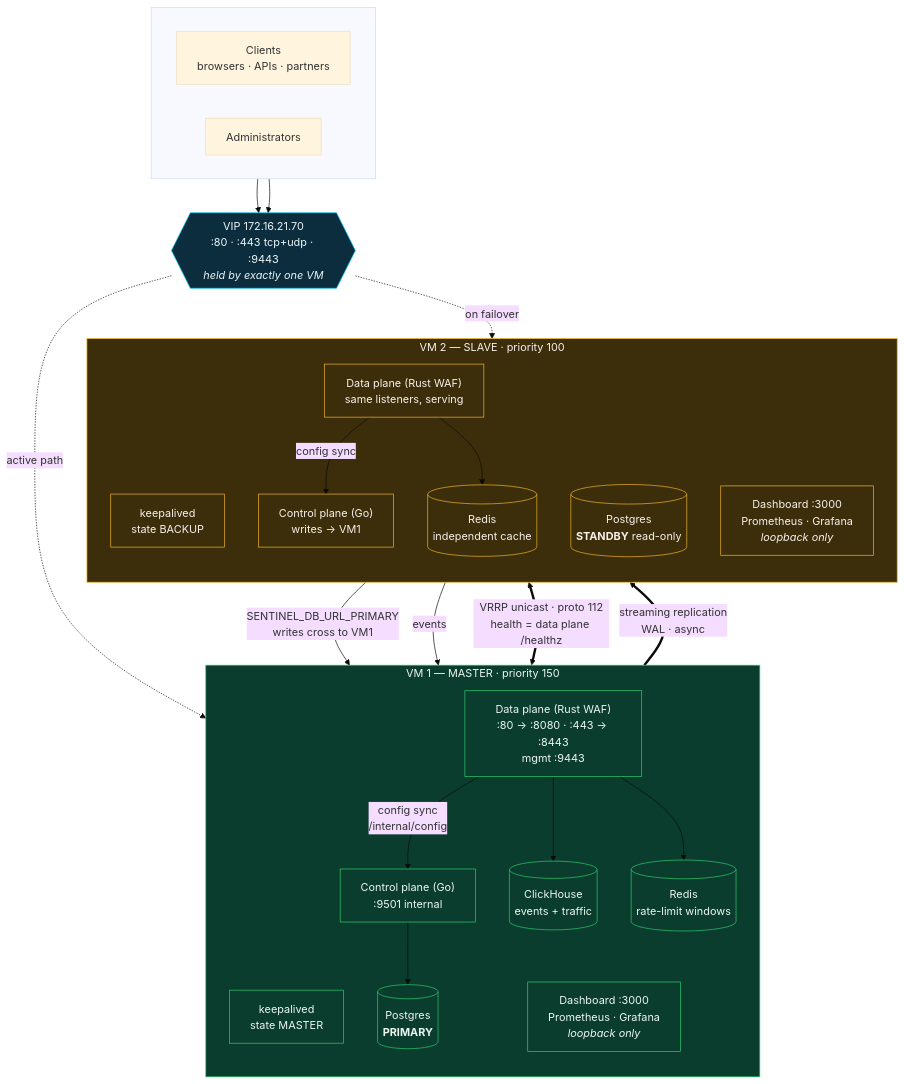
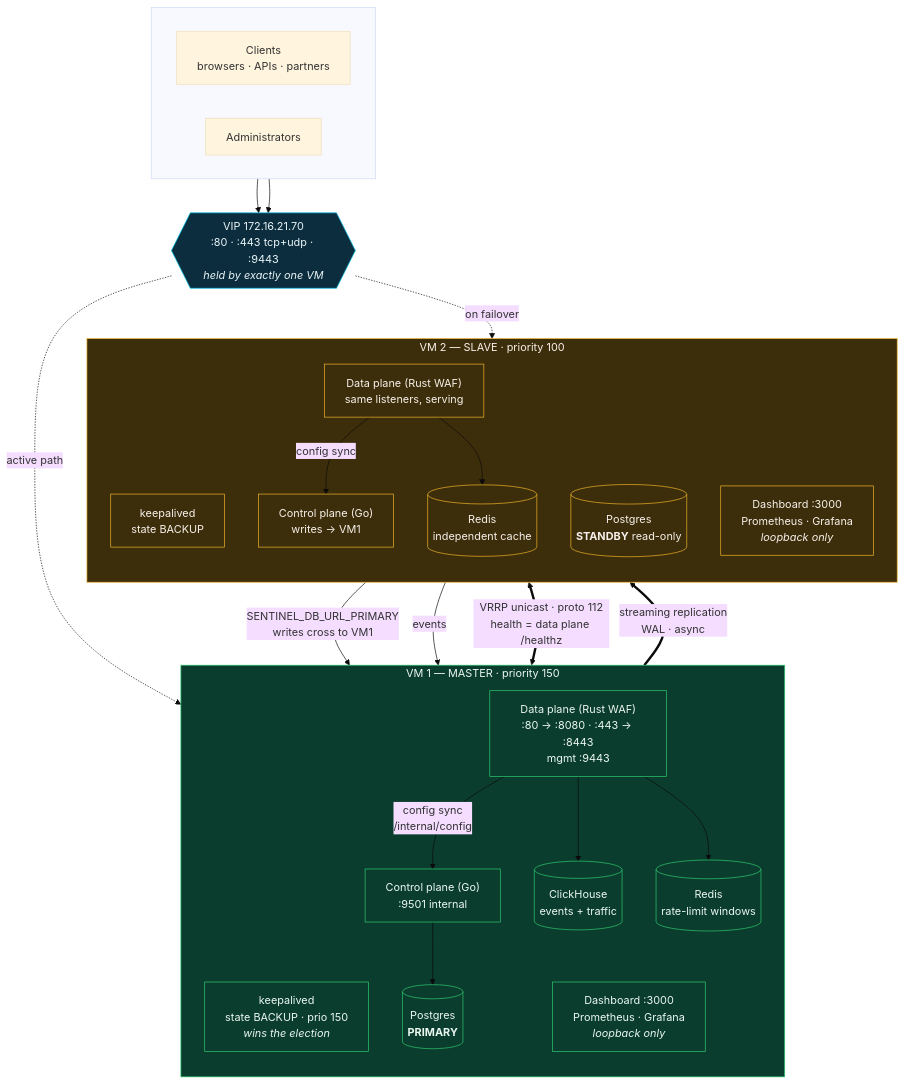
One commit to Ayushsinha322/next-gen-waf changed the diagram in deploy/2vm/README.md. Above: the diagram before and after it, drawn with Mermaid (base theme). The commit also changed other lines of this file and 1 other file, not shown here.

First line of the commit message:
fix(2vm): preempt_delay was silently discarded on the master

````diff
--- a/deploy/2vm/README.md
+++ b/deploy/2vm/README.md
@@ -20,56 +20,56 @@
 ```mermaid
 flowchart TB
     subgraph CLIENTS[" "]
         direction LR
         U["Clients<br/>browsers · APIs · partners"]
         A["Administrators"]
     end
 
     VIP{{"VIP 172.16.21.70<br/>:80 · :443 tcp+udp · :9443<br/><i>held by exactly one VM</i>"}}
 
     U --> VIP
     A --> VIP
 
     subgraph VM1["VM 1 — MASTER · priority 150"]
         direction TB
-        K1["keepalived<br/>state MASTER"]
+        K1["keepalived<br/>state BACKUP · prio 150<br/><i>wins the election</i>"]
         DP1["Data plane (Rust WAF)<br/>:80 → :8080 · :443 → :8443<br/>mgmt :9443"]
         CP1["Control plane (Go)<br/>:9501 internal"]
         DB1[("Postgres<br/><b>PRIMARY</b>")]
         CH1[("ClickHouse<br/>events + traffic")]
         RD1[("Redis<br/>rate-limit windows")]
         OB1["Dashboard :3000<br/>Prometheus · Grafana<br/><i>loopback only</i>"]
     end
 
     subgraph VM2["VM 2 — SLAVE · priority 100"]
         direction TB
         K2["keepalived<br/>state BACKUP"]
         DP2["Data plane (Rust WAF)<br/>same listeners, serving"]
         CP2["Control plane (Go)<br/>writes → VM1"]
         DB2[("Postgres<br/><b>STANDBY</b> read-only")]
         RD2[("Redis<br/>independent cache")]
         OB2["Dashboard :3000<br/>Prometheus · Grafana<br/><i>loopback only</i>"]
     end
 
     VIP -.->|"active path"| DP1
     VIP -.->|"on failover"| DP2
 
     K1 <==>|"VRRP unicast · proto 112<br/>health = data plane /healthz"| K2
 
     DP1 -->|"config sync<br/>/internal/config"| CP1
     DP2 -->|"config sync"| CP2
     CP1 --> DB1
     CP2 -->|"SENTINEL_DB_URL_PRIMARY<br/>writes cross to VM1"| DB1
     DB1 ==>|"streaming replication<br/>WAL · async"| DB2
     DP1 --> CH1
     DP2 -->|"events"| CH1
     DP1 --> RD1
     DP2 --> RD2
 
     classDef master fill:#0b3d2e,stroke:#2ecc71,color:#eaf7f0
     classDef slave  fill:#3d2e0b,stroke:#f0b429,color:#f7f0ea
     classDef vip    fill:#0b2d3d,stroke:#00c8f0,color:#eaf4f7
     class VM1,K1,DP1,CP1,DB1,CH1,RD1,OB1 master
     class VM2,K2,DP2,CP2,DB2,RD2,OB2 slave
     class VIP vip
 ```
````
